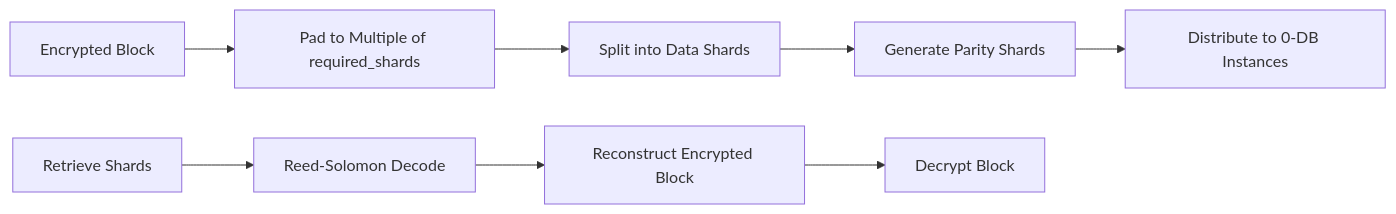
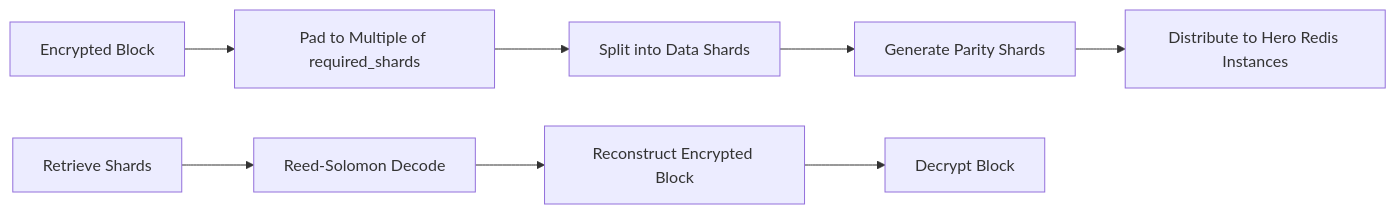
The fifth of 8 diagrams in docs/metadata-technical-spec.md (threefoldtech/mycelium-cdn-registry), drawn with Mermaid before and after one commit. The commit also changed other lines of this file and 14 other files, not shown here.

Commit message:
Change 0-db implementation to hero_redis

````diff
--- a/docs/metadata-technical-spec.md
+++ b/docs/metadata-technical-spec.md
@@ -205,11 +205,11 @@
 ```mermaid
 flowchart LR
     A[Encrypted Block] --> B[Pad to Multiple of required_shards]
     B --> C[Split into Data Shards]
     C --> D[Generate Parity Shards]
-    D --> E[Distribute to 0-DB Instances]
+    D --> E[Distribute to Hero Redis Instances]
     
     F[Retrieve Shards] --> G[Reed-Solomon Decode]
     G --> H[Reconstruct Encrypted Block]
     H --> I[Decrypt Block]
 ```
````
